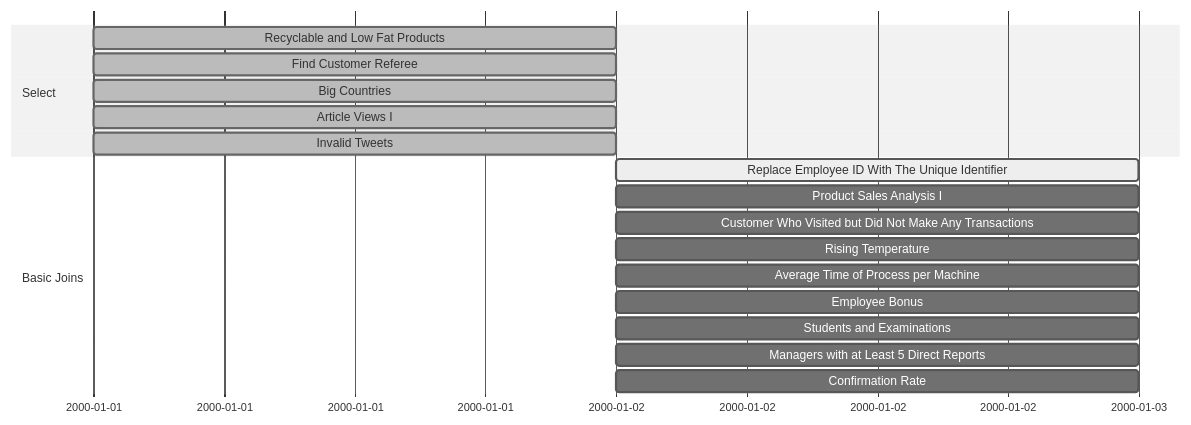
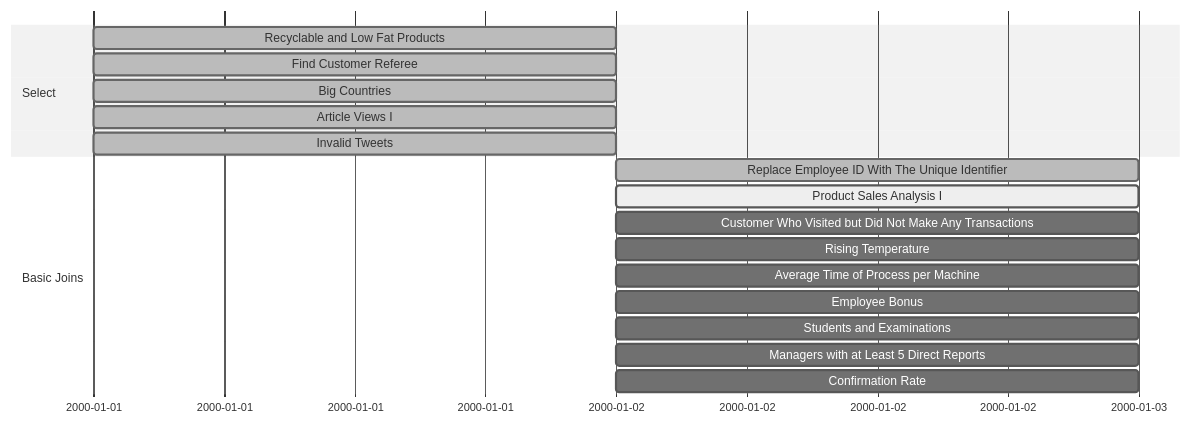
One commit to kizzandev/LeetCode changed the third of 3 diagrams in README.md. Above: the diagram before and after it, drawn with Mermaid (neutral theme).

Commit message:
updated Gantt progress

````diff
--- a/README.md
+++ b/README.md
@@ -62,20 +62,20 @@
 ```mermaid
 gantt
     section Select
     Recyclable and Low Fat Products: done,   a0, 2000-01-01, 1d
     Find Customer Referee          : done,   a , 2000-01-01, 1d
     Big Countries                  : done,   a , 2000-01-01, 1d
     Article Views I                : done,   a , 2000-01-01, 1d
     Invalid Tweets                 : done,   a , 2000-01-01, 1d
 
     section Basic Joins
-    Replace Employee ID With The Unique Identifier        : active, a1, after a0, 1d
-    Product Sales Analysis I                              :         a , after a0, 1d
+    Replace Employee ID With The Unique Identifier        : done,   a1, after a0, 1d
+    Product Sales Analysis I                              : active, a , after a0, 1d
     Customer Who Visited but Did Not Make Any Transactions:         a , after a0, 1d
     Rising Temperature                                    :         a , after a0, 1d
     Average Time of Process per Machine                   :         a , after a0, 1d
     Employee Bonus                                        :         a , after a0, 1d
     Students and Examinations                             :         a , after a0, 1d
     Managers with at Least 5 Direct Reports               :         a , after a0, 1d
     Confirmation Rate                                     :         a , after a0, 1d
 ```
````
